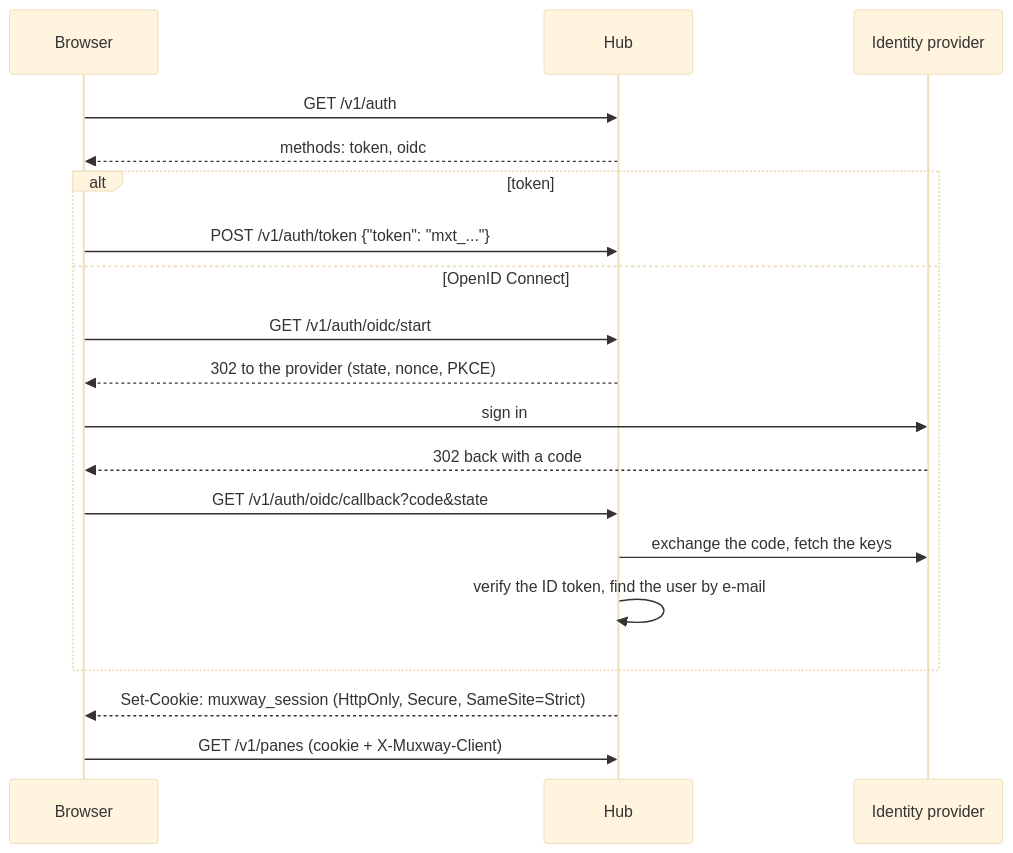
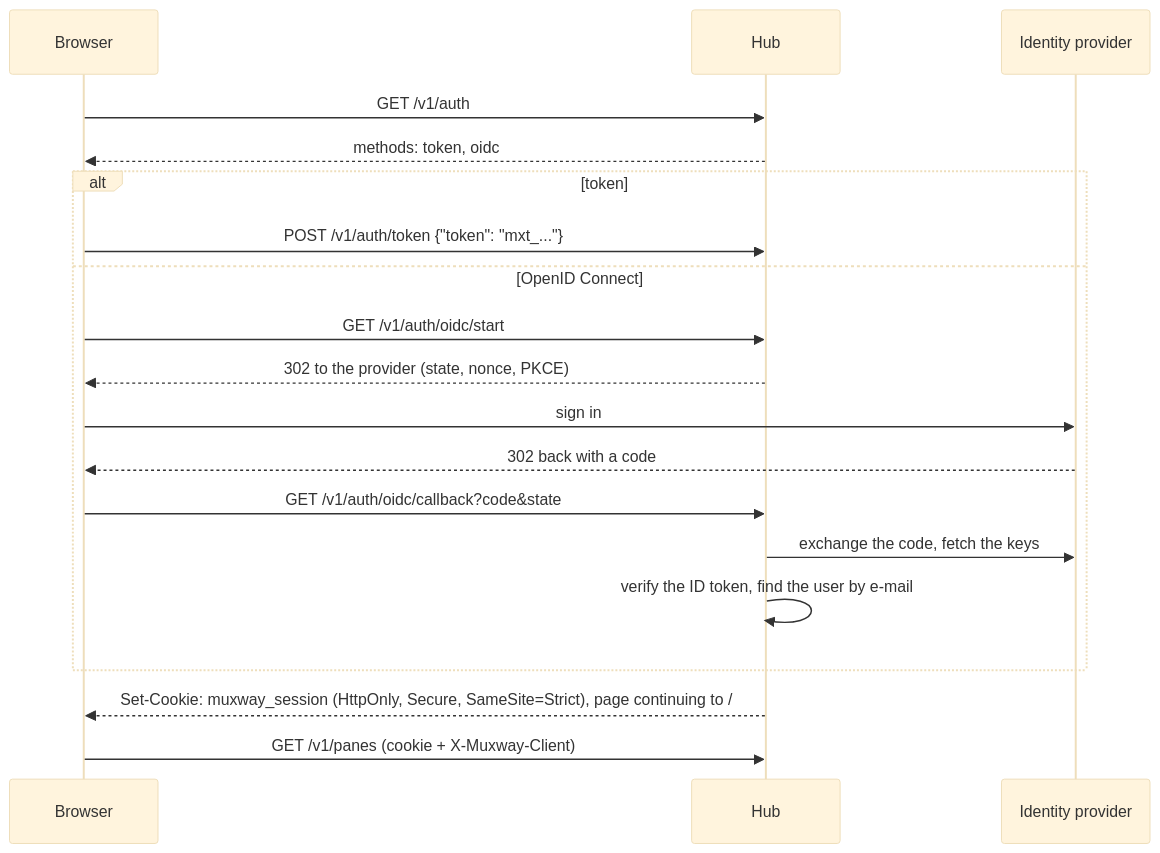
The diagram in docs/features/sign-in.md (notmarkopadjen/muxway), drawn with Mermaid (base theme) before and after one commit. The commit also changed 4 other files, not shown here.

````diff
--- a/docs/features/sign-in.md
+++ b/docs/features/sign-in.md
@@ -8,21 +8,21 @@
 ```mermaid
 sequenceDiagram
     participant B as Browser
     participant H as Hub
     participant I as Identity provider
     B->>H: GET /v1/auth
     H-->>B: methods: token, oidc
     alt token
         B->>H: POST /v1/auth/token {"token": "mxt_..."}
     else OpenID Connect
         B->>H: GET /v1/auth/oidc/start
         H-->>B: 302 to the provider (state, nonce, PKCE)
         B->>I: sign in
         I-->>B: 302 back with a code
         B->>H: GET /v1/auth/oidc/callback?code&state
         H->>I: exchange the code, fetch the keys
         H->>H: verify the ID token, find the user by e-mail
     end
-    H-->>B: Set-Cookie: muxway_session (HttpOnly, Secure, SameSite=Strict)
+    H-->>B: Set-Cookie: muxway_session (HttpOnly, Secure, SameSite=Strict), page continuing to /
     B->>H: GET /v1/panes  (cookie + X-Muxway-Client)
 ```
````
